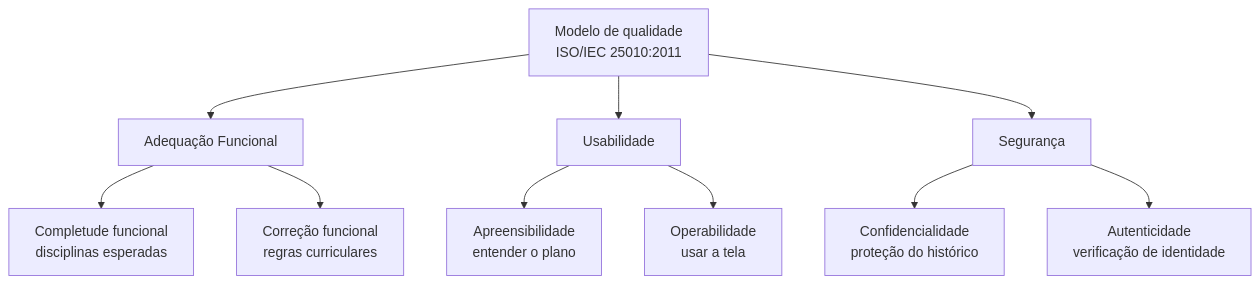
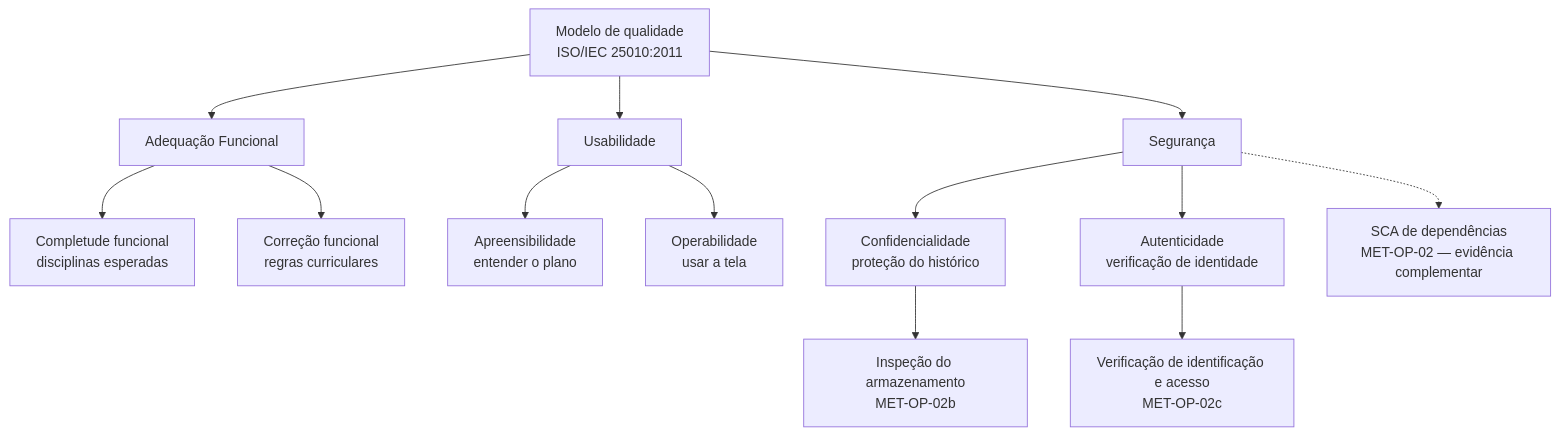
One commit to FCTE-Qualidade-de-Software-1/2026-2_T02_JEAN_SAMMET changed the diagram in docs/fases/fase1/modeloDeQualidade.md. Above: the diagram before and after it, drawn with Mermaid. The commit also changed other lines of this file and 7 other files, not shown here.

````diff
--- a/docs/fases/fase1/modeloDeQualidade.md
+++ b/docs/fases/fase1/modeloDeQualidade.md
@@ -19,15 +31,18 @@
 ```mermaid
 graph TD
     M["Modelo de qualidade<br/>ISO/IEC 25010:2011"] --> AF["Adequação Funcional"]
     M --> U["Usabilidade"]
     M --> S["Segurança"]
 
     AF --> AF1["Completude funcional<br/>disciplinas esperadas"]
     AF --> AF2["Correção funcional<br/>regras curriculares"]
 
     U --> U1["Apreensibilidade<br/>entender o plano"]
     U --> U2["Operabilidade<br/>usar a tela"]
 
     S --> S1["Confidencialidade<br/>proteção do histórico"]
     S --> S2["Autenticidade<br/>verificação de identidade"]
+    S1 --> V1["Inspeção do armazenamento<br/>MET-OP-02b"]
+    S2 --> V2["Verificação de identificação e acesso<br/>MET-OP-02c"]
+    S -.-> V3["SCA de dependências<br/>MET-OP-02 — evidência complementar"]
 ```
````
